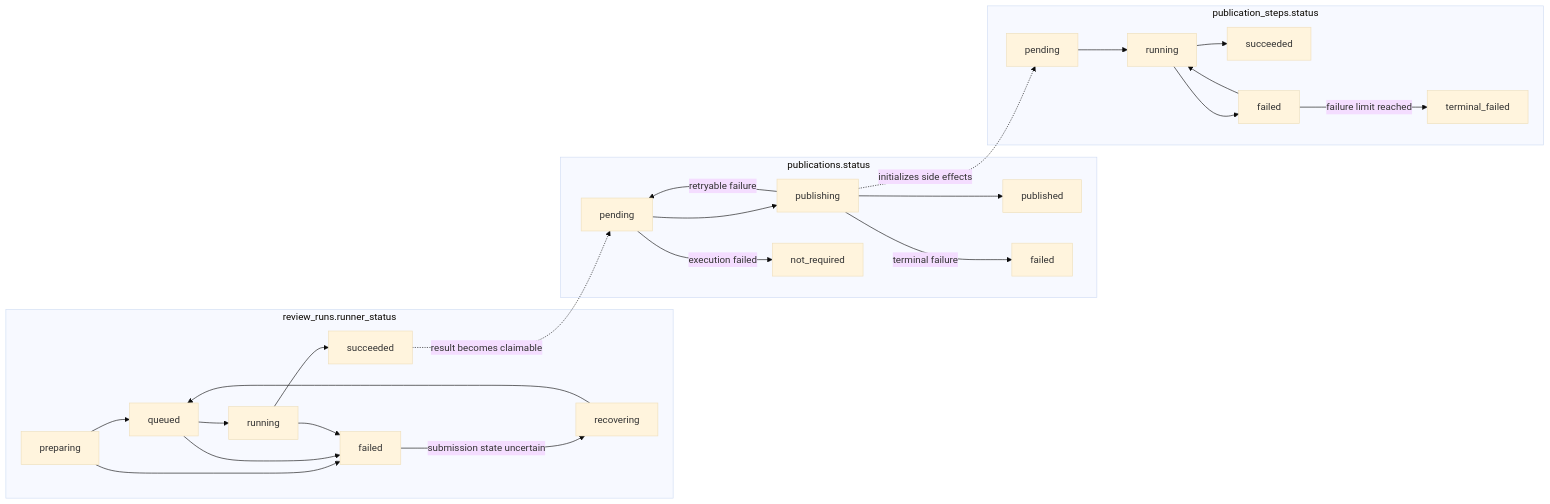
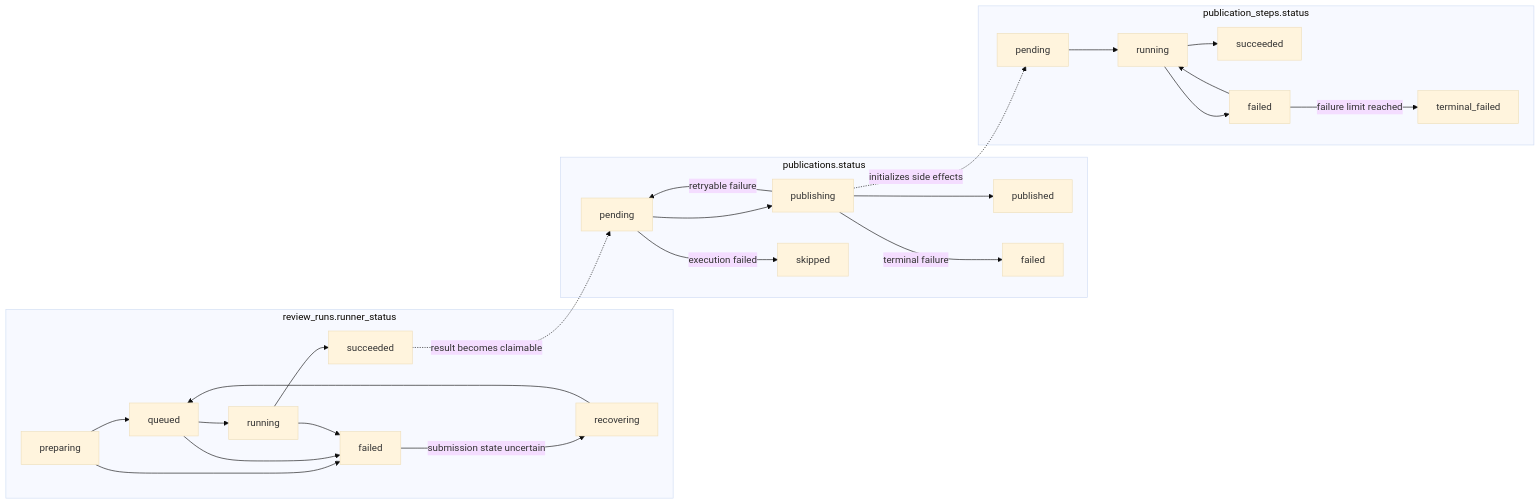
The second of 2 diagrams in control-plane/README.md (Agent-AI-Chalmers/sec-review-bot), drawn with Mermaid (base theme) before and after one commit. The commit also changed other lines of this file and 34 other files, not shown here.

````diff
--- a/control-plane/README.md
+++ b/control-plane/README.md
@@ -50,27 +50,27 @@
 ```mermaid
 flowchart LR
   subgraph runner[review_runs.runner_status]
     preparing --> queued --> running --> runnersucceeded[succeeded]
     preparing --> failed
     failed -->|submission state uncertain| recovering --> queued
     queued --> failed
     running --> failed
   end
 
   subgraph publication[publications.status]
     pending --> publishing --> published
     publishing -->|retryable failure| pending
     publishing -->|terminal failure| pubfailed[failed]
-    pending -->|execution failed| notrequired[not_required]
+    pending -->|execution failed| skipped
   end
 
   subgraph steps[publication_steps.status]
     steppending[pending] --> runningstep[running] --> succeeded
     runningstep --> stepfailed[failed]
     stepfailed --> runningstep
     stepfailed -->|failure limit reached| terminalfailed[terminal_failed]
   end
 
   runnersucceeded -.->|result becomes claimable| pending
   publishing -.->|initializes side effects| steppending
 ```
````
